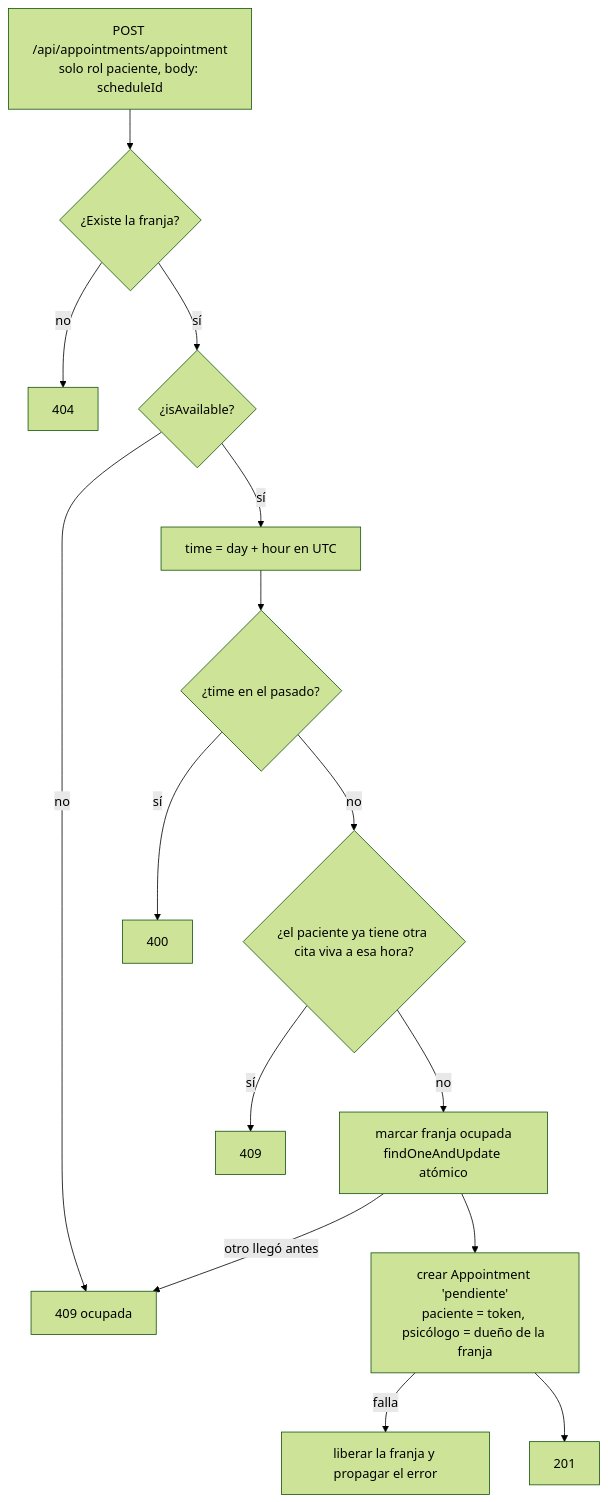
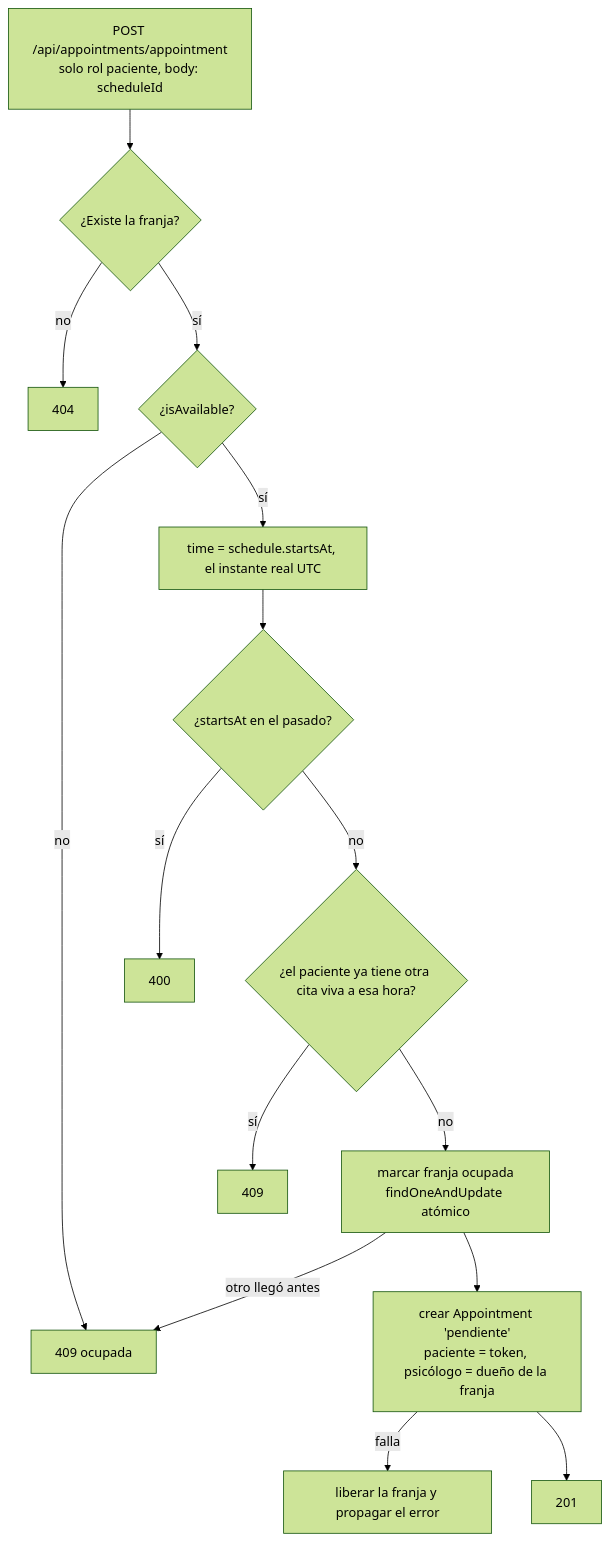
Before and after one commit to raug09/Magicamente: the third of 4 diagrams in docs/04-flujos.md, drawn with Mermaid (forest theme). The commit also changed other lines of this file and 23 other files, not shown here.

````diff
--- a/docs/04-flujos.md
+++ b/docs/04-flujos.md
@@ -66,17 +67,17 @@
 ```mermaid
 flowchart TD
   A[POST /api/appointments/appointment<br/>solo rol paciente, body: scheduleId] --> B{¿Existe la franja?}
   B -- no --> X1[404]
   B -- sí --> C{¿isAvailable?}
   C -- no --> X2[409 ocupada]
-  C -- sí --> D[time = day + hour en UTC]
-  D --> E{¿time en el pasado?}
+  C -- sí --> D[time = schedule.startsAt, el instante real UTC]
+  D --> E{¿startsAt en el pasado?}
   E -- sí --> X3[400]
   E -- no --> F{¿el paciente ya tiene otra cita viva a esa hora?}
   F -- sí --> X4[409]
   F -- no --> G[marcar franja ocupada<br/>findOneAndUpdate atómico]
   G -- otro llegó antes --> X2
   G --> H[crear Appointment 'pendiente'<br/>paciente = token, psicólogo = dueño de la franja]
   H -- falla --> R[liberar la franja y propagar el error]
   H --> OK[201]
 ```
````
